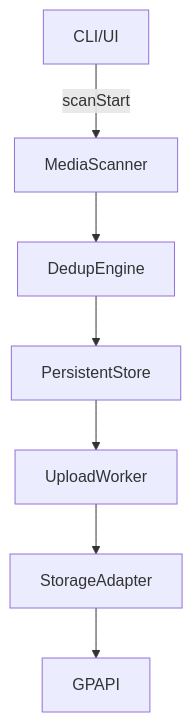
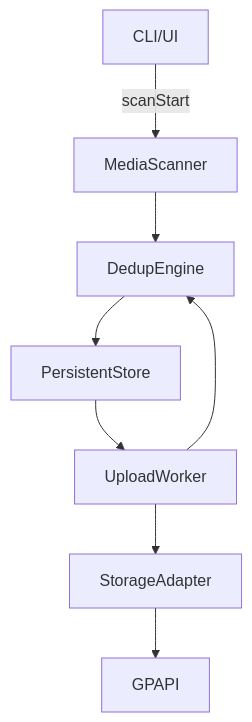
The fourth of 4 diagrams in docs/3-TDD-HLD.md (jjskuld/photo-migrator), drawn with Mermaid before and after one commit. The commit also changed other lines of this file and 2 other files, not shown here.

````diff
--- a/docs/3-TDD-HLD.md
+++ b/docs/3-TDD-HLD.md
@@ -337,9 +345,10 @@
 ```mermaid
 flowchart TD
   User[CLI/UI] -->|scanStart| MediaScanner
   MediaScanner --> DedupEngine
   DedupEngine --> PersistentStore
   PersistentStore --> UploadWorker
+  UploadWorker --> DedupEngine
   UploadWorker --> StorageAdapter
   StorageAdapter --> GPAPI
 ```
````
